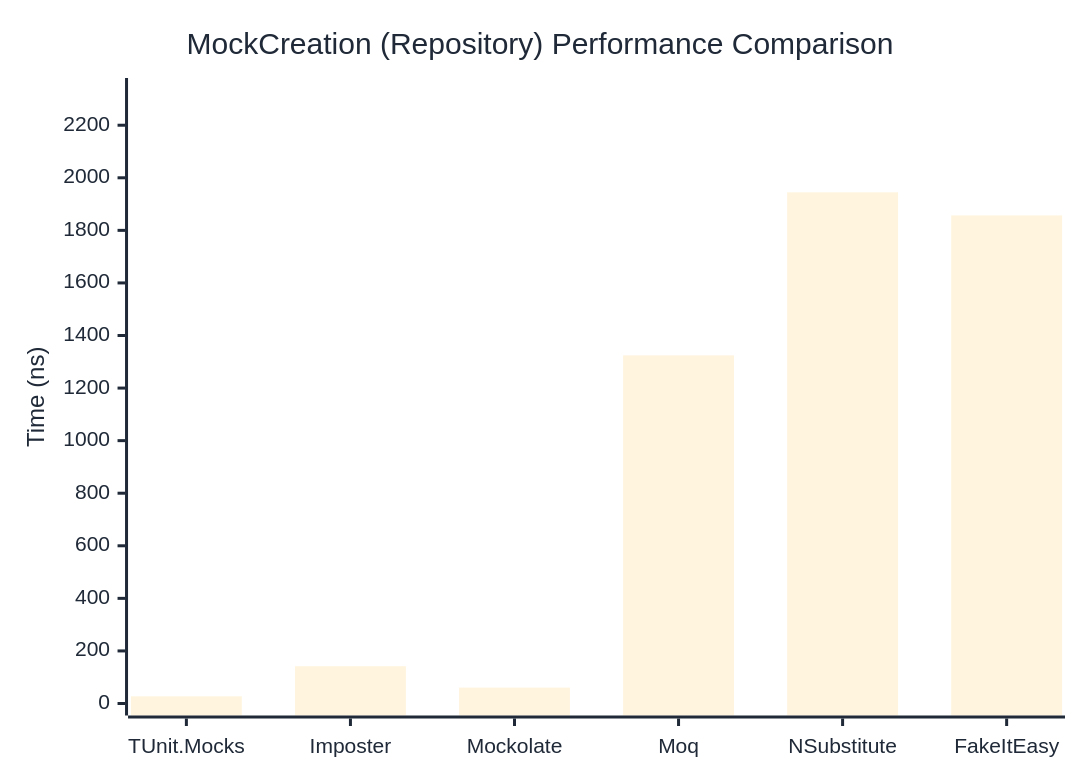
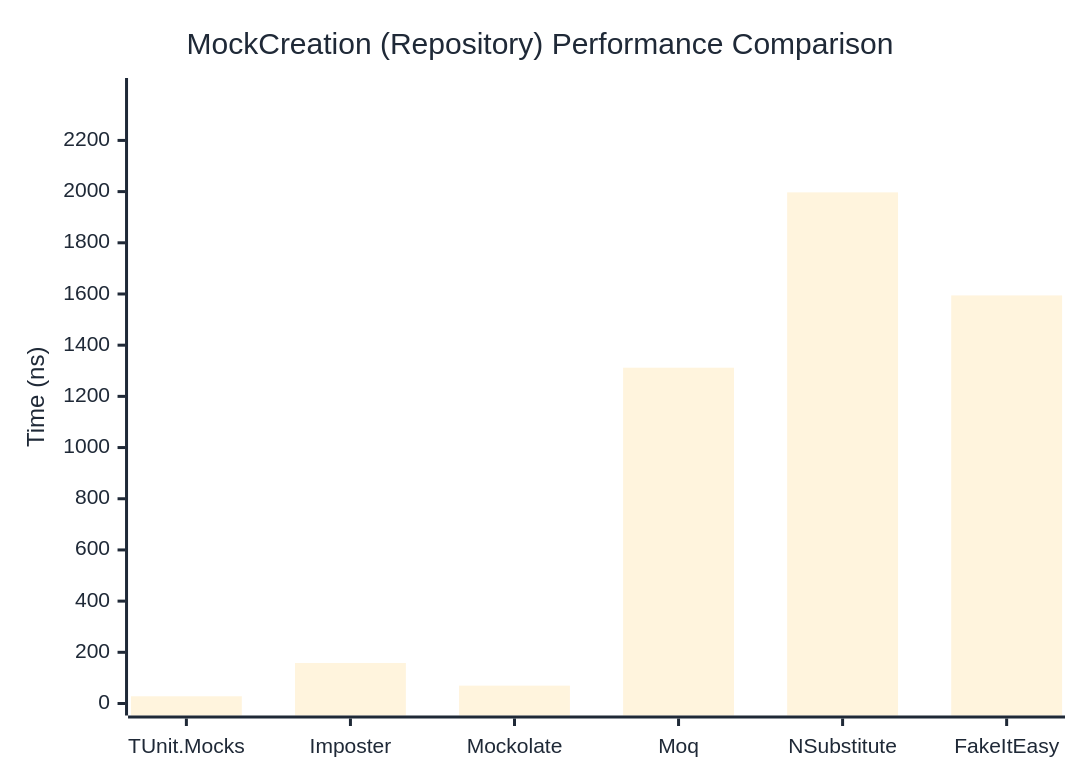
The second of 2 diagrams in docs/docs/benchmarks/mocks/MockCreation.md (thomhurst/TUnit), drawn with Mermaid before and after one commit. The commit also changed other lines of this file and 14 other files, not shown here.

````diff
--- a/docs/docs/benchmarks/mocks/MockCreation.md
+++ b/docs/docs/benchmarks/mocks/MockCreation.md
@@ -69,27 +69,27 @@
 ```mermaid
 %%{init: {
   'theme':'base',
   'themeVariables': {
     'primaryColor': '#2563eb',
     'primaryTextColor': '#1f2937',
     'primaryBorderColor': '#1e40af',
     'lineColor': '#6b7280',
     'secondaryColor': '#7c3aed',
     'tertiaryColor': '#dc2626',
     'background': '#ffffff',
     'pie1': '#2563eb',
     'pie2': '#7c3aed',
     'pie3': '#dc2626',
     'pie4': '#f59e0b',
     'pie5': '#10b981',
     'pie6': '#06b6d4',
     'pie7': '#ec4899',
     'pie8': '#6366f1'
   }
 }}%%
 xychart-beta
   title "MockCreation (Repository) Performance Comparison"
   x-axis ["TUnit.Mocks", "Imposter", "Mockolate", "Moq", "NSubstitute", "FakeItEasy"]
-  y-axis "Time (ns)" 0 --> 2334
-  bar [27.37, 141.79, 60.47, 1324.35, 1944.78, 1856.8]
+  y-axis "Time (ns)" 0 --> 2397
+  bar [28.28, 158.23, 69.77, 1311.94, 1997.01, 1594.46]
 ```
````
